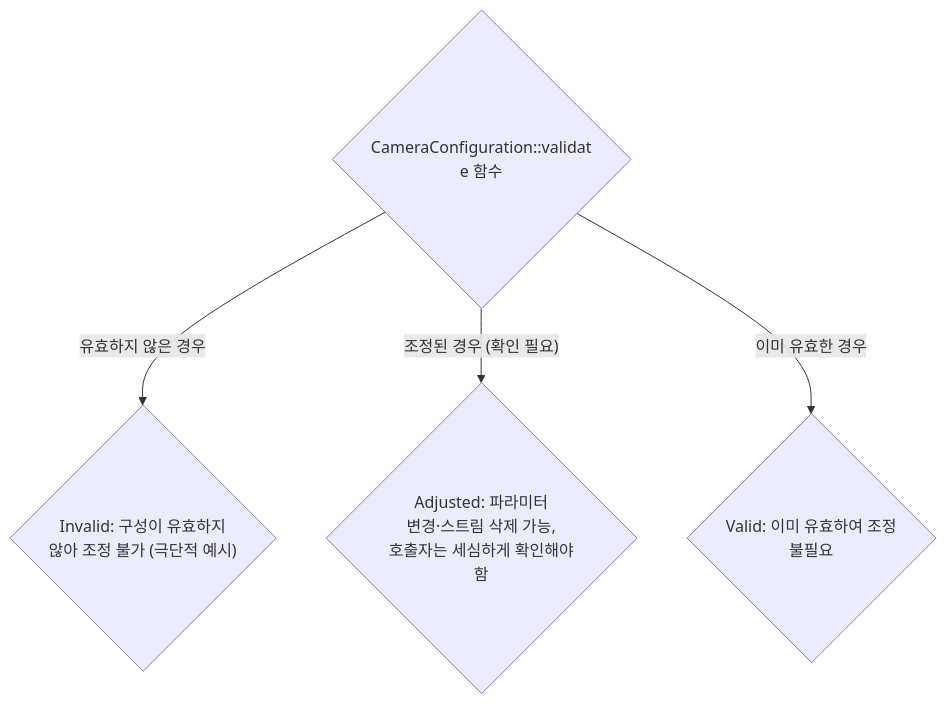
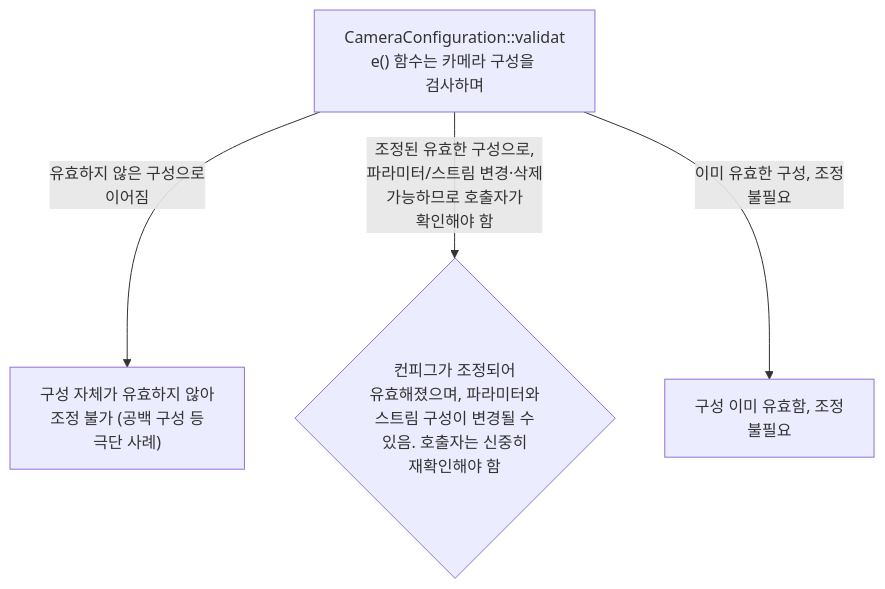
The diagram in docs/vendor-assurance.validation-results.mmd (TTolsun/libcamera-sdd), drawn with Mermaid before and after one commit. The commit also changed 529 other files, not shown here.

```diff
--- a/docs/vendor-assurance.validation-results.mmd
+++ b/docs/vendor-assurance.validation-results.mmd
@@ -1,9 +1,9 @@
 flowchart TB
-%% sdd:translations {"Adjusted: 파라미터 <br/>변경·스트림 삭제 가능, <br/>호출자는 세심하게 확인해야 <br/>함": "Adjusted: parameters may <br/>have changed or streams <br/>removed; caller shall check <br/>carefully", "CameraConfiguration::validat<br/>e 함수": "CameraConfiguration::validat<br/>e function", "Invalid: 구성이 유효하지 <br/>않아 조정 불가 (극단적 예시)": "Invalid: configuration is <br/>invalid and can&#x27;t be <br/>adjusted (extreme case)", "Valid: 이미 유효하여 조정 <br/>불필요": "Valid: configuration was <br/>already valid and hasn&#x27;t <br/>been adjusted", "유효하지 않은 경우": "Invalid case", "이미 유효한 경우": "Valid case", "조정된 경우 (확인 필요)": "Adjusted case (caller must <br/>check)"}
-  v_n0{"CameraConfiguration::validat<br/>e 함수"}
-  v_n1{"Invalid: 구성이 유효하지 <br/>않아 조정 불가 (극단적 예시)"}
-  v_n2{"Adjusted: 파라미터 <br/>변경·스트림 삭제 가능, <br/>호출자는 세심하게 확인해야 <br/>함"}
-  v_n3{"Valid: 이미 유효하여 조정 <br/>불필요"}
-  v_n0 -->|"유효하지 않은 경우"| v_n1
-  v_n0 -->|"조정된 경우 (확인 필요)"| v_n2
-  v_n0 -->|"이미 유효한 경우"| v_n3
+%% sdd:translations {"CameraConfiguration::validat<br/>e() 함수는 카메라 구성을 <br/>검사하며": "The <br/>CameraConfiguration::validat<br/>e() function checks the <br/>camera configuration and", "구성 이미 유효함, 조정 <br/>불필요": "Configuration already <br/>valid, no adjustment needed", "구성 자체가 유효하지 않아 <br/>조정 불가 (공백 구성 등 <br/>극단 사례)": "Configuration itself is <br/>invalid and cannot be <br/>adjusted (extreme cases <br/>like empty configuration)", "유효하지 않은 구성으로 <br/>이어짐": "Leads to invalid <br/>configuration status", "이미 유효한 구성, 조정 <br/>불필요": "Already valid config, no <br/>adjustment needed", "조정된 유효한 구성으로, <br/>파라미터/스트림 변경·삭제 <br/>가능하므로 호출자가 <br/>확인해야 함": "To adjusted valid config; <br/>parameters/streams may have <br/>been changed or removed; <br/>caller must verify", "컨피그가 조정되어 <br/>유효해졌으며, 파라미터와 <br/>스트림 구성이 변경될 수 <br/>있음. 호출자는 신중히 <br/>재확인해야 함": "Configuration was adjusted <br/>and now valid; parameters <br/>or stream configurations <br/>may have been changed; <br/>caller must check carefully"}
+  v_n0["CameraConfiguration::validat<br/>e() 함수는 카메라 구성을 <br/>검사하며"]
+  v_n1["구성 자체가 유효하지 않아 <br/>조정 불가 (공백 구성 등 <br/>극단 사례)"]
+  v_n2{"컨피그가 조정되어 <br/>유효해졌으며, 파라미터와 <br/>스트림 구성이 변경될 수 <br/>있음. 호출자는 신중히 <br/>재확인해야 함"}
+  v_n3["구성 이미 유효함, 조정 <br/>불필요"]
+  v_n0 -->|"유효하지 않은 구성으로 <br/>이어짐"| v_n1
+  v_n0 -->|"조정된 유효한 구성으로, <br/>파라미터/스트림 변경·삭제 <br/>가능하므로 호출자가 <br/>확인해야 함"| v_n2
+  v_n0 -->|"이미 유효한 구성, 조정 <br/>불필요"| v_n3
```
